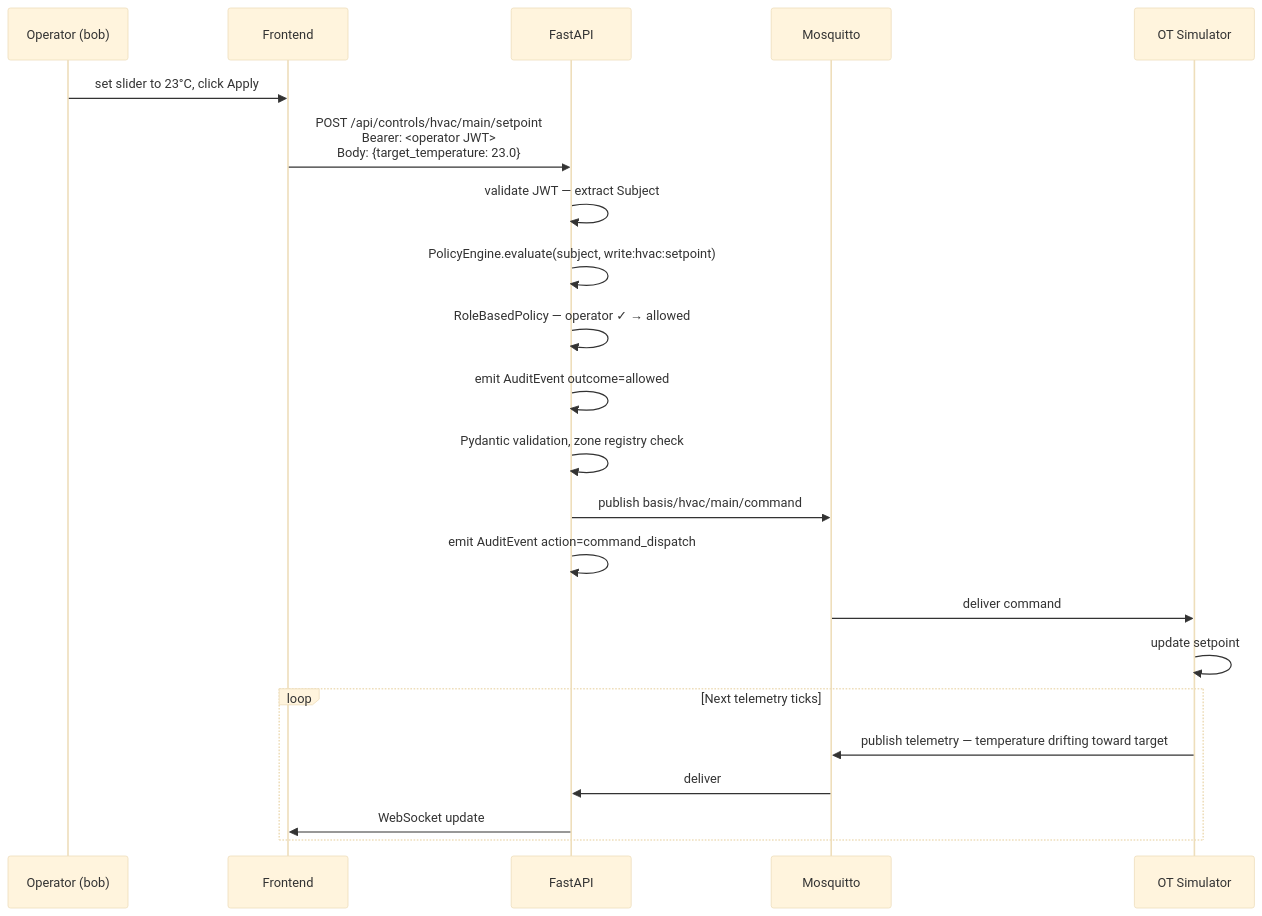
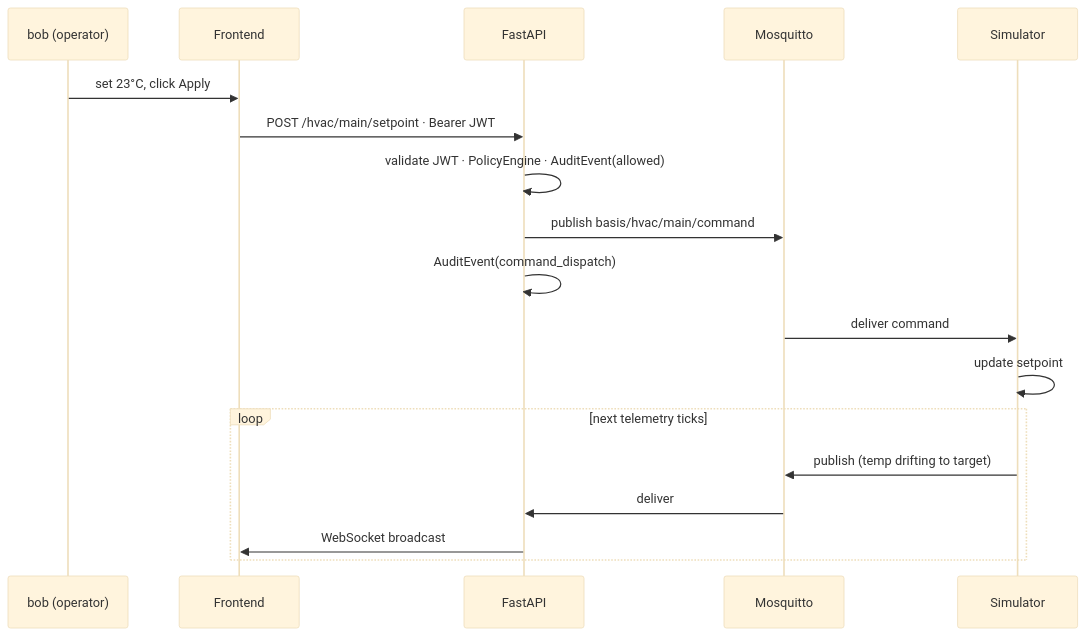
One commit to basis-foundation/basis-poc changed the fifth of 5 diagrams in README.md. Above: the diagram before and after it, drawn with Mermaid (base theme). The commit also changed other lines of this file and 11 other files, not shown here.

````diff
--- a/README.md
+++ b/README.md
@@ -373,28 +419,22 @@
 ```mermaid
 sequenceDiagram
-    participant U as Operator (bob)
+    participant U as bob (operator)
     participant F as Frontend
     participant API as FastAPI
     participant MQ as Mosquitto
-    participant SIM as OT Simulator
+    participant SIM as Simulator
 
-    U->>F: set slider to 23°C, click Apply
-    F->>API: POST /api/controls/hvac/main/setpoint<br/>Bearer: <operator JWT><br/>Body: {target_temperature: 23.0}
-
-    API->>API: validate JWT — extract Subject
-    API->>API: PolicyEngine.evaluate(subject, write:hvac:setpoint)
-    API->>API: RoleBasedPolicy — operator ✓ → allowed
-    API->>API: emit AuditEvent outcome=allowed
-    API->>API: Pydantic validation, zone registry check
+    U->>F: set 23°C, click Apply
+    F->>API: POST /hvac/main/setpoint · Bearer JWT
+    API->>API: validate JWT · PolicyEngine · AuditEvent(allowed)
     API->>MQ: publish basis/hvac/main/command
-    API->>API: emit AuditEvent action=command_dispatch
-
+    API->>API: AuditEvent(command_dispatch)
     MQ->>SIM: deliver command
     SIM->>SIM: update setpoint
 
-    loop Next telemetry ticks
-        SIM->>MQ: publish telemetry — temperature drifting toward target
+    loop next telemetry ticks
+        SIM->>MQ: publish (temp drifting to target)
         MQ->>API: deliver
-        API->>F: WebSocket update
+        API->>F: WebSocket broadcast
     end
 ```
````
